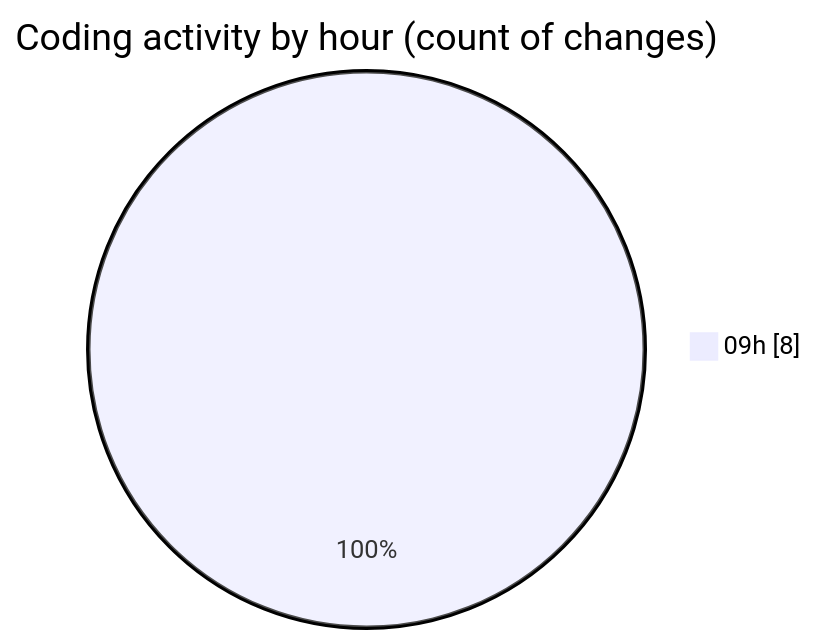
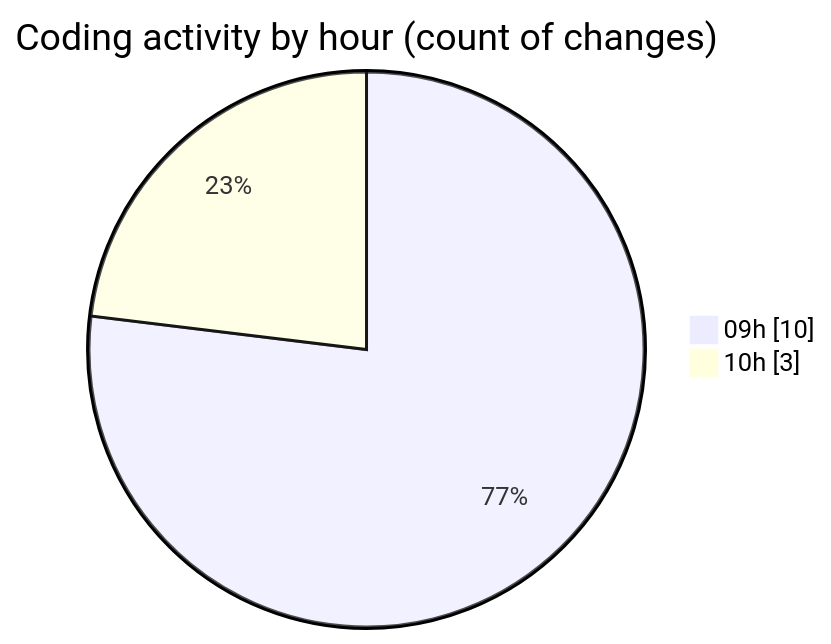
The second of 2 diagrams in 2025-09-12/cda/README.md (momahboobian/code-tracking), drawn with Mermaid before and after one commit. The commit also changed other lines of this file and 1 other file, not shown here.

````diff
--- a/2025-09-12/cda/README.md
+++ b/2025-09-12/cda/README.md
@@ -29,5 +30,6 @@
 ```mermaid
 pie showData
 title Coding activity by hour (count of changes)
-"09h" : 8
+"09h" : 10
+"10h" : 3
 ```
````
